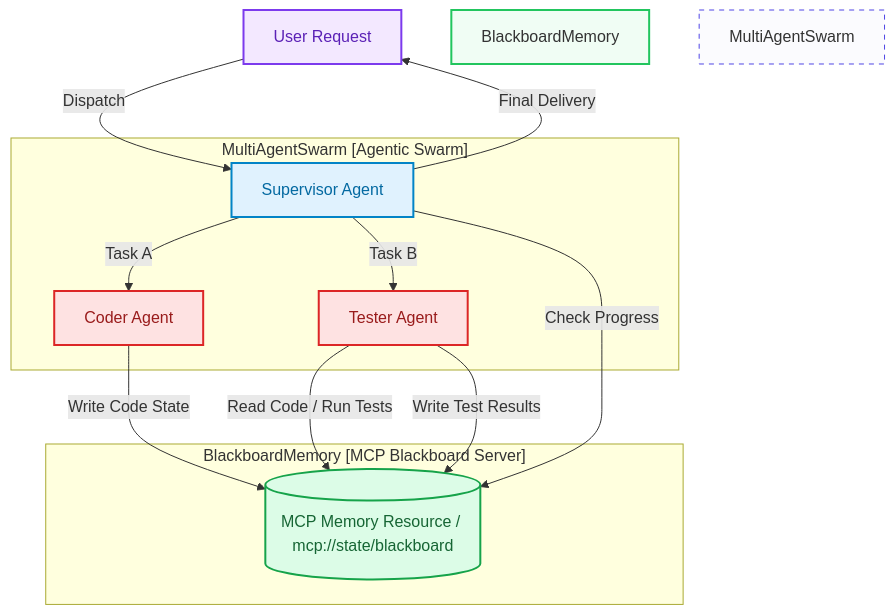
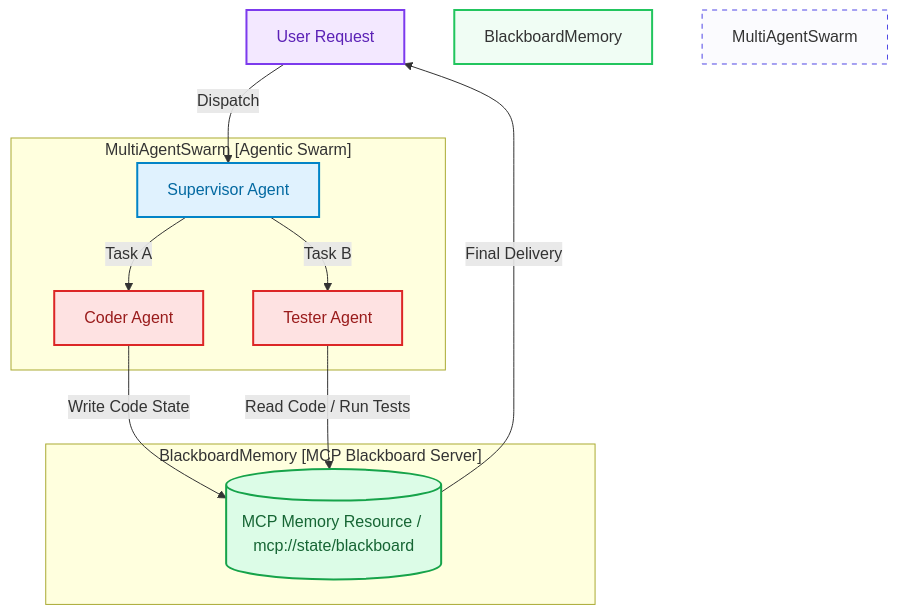
One commit to akmalkhaniub/akmalkhaniub.github.io changed the diagram in blog/posts/context-engineering-cross-agent-memory.md. Above: the diagram before and after it, drawn with Mermaid. The commit also changed 894 other files, not shown here.

Commit message:
feat(blog): upgrade all 444 posts with unique staggered dates, 2-col Mermaid spines, benchmark tables, code blocks, and trade-offs

````diff
--- a/blog/posts/context-engineering-cross-agent-memory.md
+++ b/blog/posts/context-engineering-cross-agent-memory.md
@@ -24,33 +24,31 @@
 ```mermaid
 flowchart TD
     classDef start fill:#f3e8ff,stroke:#7c3aed,stroke-width:2px,color:#5b21b6;
     classDef supervisor fill:#e0f2fe,stroke:#0284c7,stroke-width:2px,color:#0369a1;
     classDef workers fill:#fee2e2,stroke:#dc2626,stroke-width:2px,color:#991b1b;
     classDef memory fill:#dcfce7,stroke:#16a34a,stroke-width:2px,color:#166534;
 
     User["User Request"] -->|Dispatch| Supervisor["Supervisor Agent"]
     
     subgraph SG1_MultiagentswarmAgenticSwarm ["MultiAgentSwarm [Agentic Swarm]"]
         Supervisor -->|Task A| CoderAgent["Coder Agent"]
         Supervisor -->|Task B| TesterAgent["Tester Agent"]
     end
     
     subgraph SG2_BlackboardmemoryMcpBlackboard ["BlackboardMemory [MCP Blackboard Server]"]
         MemoryResource[(MCP Memory Resource / mcp://state/blackboard)]
     end
 
     CoderAgent -->|Write Code State| MemoryResource
     TesterAgent -->|Read Code / Run Tests| MemoryResource
-    TesterAgent -->|Write Test Results| MemoryResource
     
-    Supervisor -->|Check Progress| MemoryResource
-    Supervisor -->|Final Delivery| User
+    MemoryResource --> |Final Delivery| User
 
     class User start;
     class Supervisor supervisor;
     class CoderAgent,TesterAgent workers;
     class MemoryResource memory;
     
     style BlackboardMemory fill:#f0fdf4,stroke:#22c55e,stroke-width:2px;
     style MultiAgentSwarm fill:#fbfbfe,stroke:#4f46e5,stroke-width:1px,stroke-dasharray: 5 5;
 ```
````
